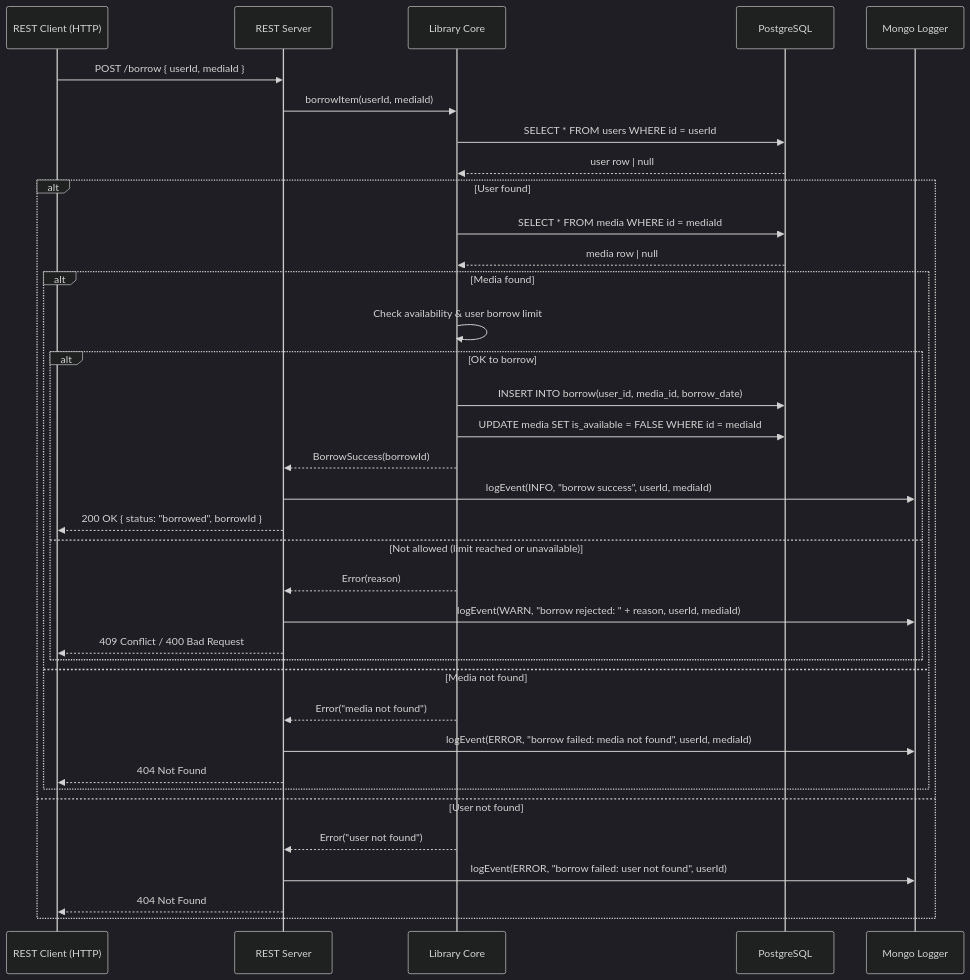
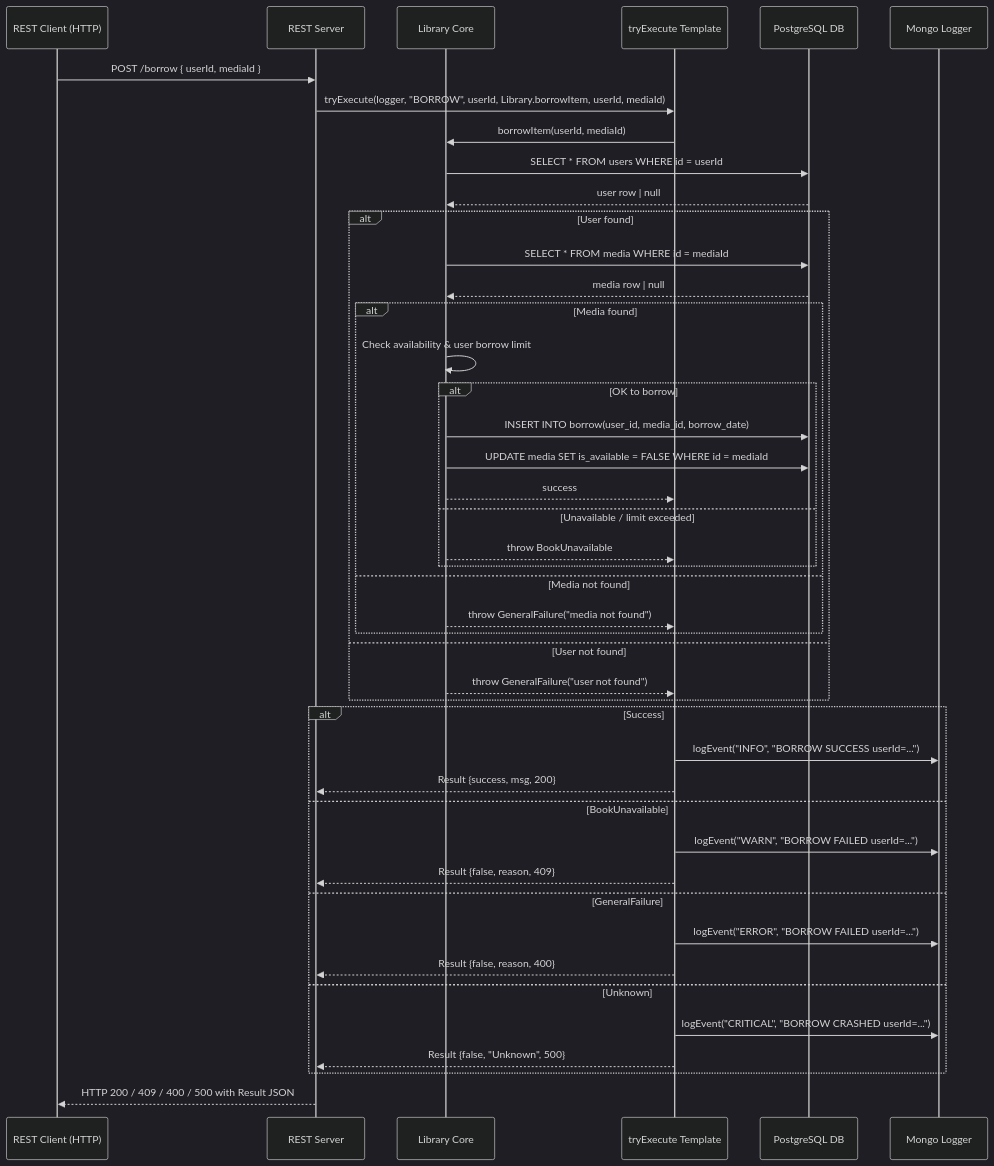
The third of 5 diagrams in Main-Example/Library/Diagrams/SequenceDiagram.md (Frozen-Potato/WhateverTheFuckThisIs), drawn with Mermaid (dark theme) before and after one commit. The commit also changed other lines of this file, not shown here.

Commit message:
Update Diagram

````diff
--- a/Main-Example/Library/Diagrams/SequenceDiagram.md
+++ b/Main-Example/Library/Diagrams/SequenceDiagram.md
@@ -68,42 +81,53 @@
 ```mermaid
 sequenceDiagram
     participant Client as REST Client (HTTP)
     participant RestAPI as REST Server
     participant Library as Library Core
-    participant Postgres as PostgreSQL
+    participant TryExec as tryExecute Template
+    participant Postgres as PostgreSQL DB
     participant Mongo as Mongo Logger
 
     Client->>RestAPI: POST /borrow { userId, mediaId }
-    RestAPI->>Library: borrowItem(userId, mediaId)
-
+    RestAPI->>TryExec: tryExecute(logger, "BORROW", userId, Library.borrowItem, userId, mediaId)
+    
+    TryExec->>Library: borrowItem(userId, mediaId)
     Library->>Postgres: SELECT * FROM users WHERE id = userId
     Postgres-->>Library: user row | null
 
     alt User found
         Library->>Postgres: SELECT * FROM media WHERE id = mediaId
         Postgres-->>Library: media row | null
 
         alt Media found
             Library->>Library: Check availability & user borrow limit
             alt OK to borrow
                 Library->>Postgres: INSERT INTO borrow(user_id, media_id, borrow_date)
                 Library->>Postgres: UPDATE media SET is_available = FALSE WHERE id = mediaId
-                Library-->>RestAPI: BorrowSuccess(borrowId)
-                RestAPI->>Mongo: logEvent(INFO, "borrow success", userId, mediaId)
-                RestAPI-->>Client: 200 OK { status: "borrowed", borrowId }
-            else Not allowed (limit reached or unavailable)
-                Library-->>RestAPI: Error(reason)
-                RestAPI->>Mongo: logEvent(WARN, "borrow rejected: " + reason, userId, mediaId)
-                RestAPI-->>Client: 409 Conflict / 400 Bad Request
+                Library-->>TryExec: success
+            else Unavailable / limit exceeded
+                Library-->>TryExec: throw BookUnavailable
             end
         else Media not found
-            Library-->>RestAPI: Error("media not found")
-            RestAPI->>Mongo: logEvent(ERROR, "borrow failed: media not found", userId, mediaId)
-            RestAPI-->>Client: 404 Not Found
+            Library-->>TryExec: throw GeneralFailure("media not found")
         end
     else User not found
-        Library-->>RestAPI: Error("user not found")
-        RestAPI->>Mongo: logEvent(ERROR, "borrow failed: user not found", userId)
-        RestAPI-->>Client: 404 Not Found
+        Library-->>TryExec: throw GeneralFailure("user not found")
     end
+
+    alt Success
+        TryExec->>Mongo: logEvent("INFO", "BORROW SUCCESS userId=...")
+        TryExec-->>RestAPI: Result {success, msg, 200}
+    else BookUnavailable
+        TryExec->>Mongo: logEvent("WARN", "BORROW FAILED userId=...")
+        TryExec-->>RestAPI: Result {false, reason, 409}
+    else GeneralFailure
+        TryExec->>Mongo: logEvent("ERROR", "BORROW FAILED userId=...")
+        TryExec-->>RestAPI: Result {false, reason, 400}
+    else Unknown
+        TryExec->>Mongo: logEvent("CRITICAL", "BORROW CRASHED userId=...")
+        TryExec-->>RestAPI: Result {false, "Unknown", 500}
+    end
+
+    RestAPI-->>Client: HTTP 200 / 409 / 400 / 500 with Result JSON
+
 ```
````
